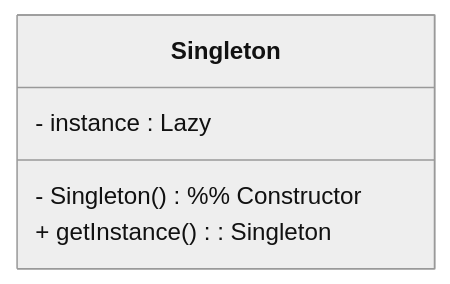
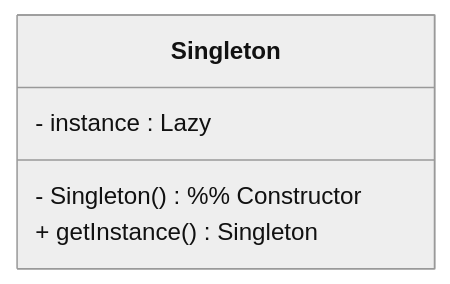
One commit to SuyashBhiste/dump-thoughts changed the diagram in low-level-design/design-patterns/creational/singleton.md. Above: the diagram before and after it, drawn with Mermaid (neutral theme).

````diff
--- a/low-level-design/design-patterns/creational/singleton.md
+++ b/low-level-design/design-patterns/creational/singleton.md
@@ -21,8 +21,8 @@
 ```mermaid
 classDiagram
       class Singleton{
           - instance : Lazy<Singleton>
           - Singleton() %% Constructor
-          + getInstance() : Singleton
+          + getInstance() Singleton
       }
 ```
````
